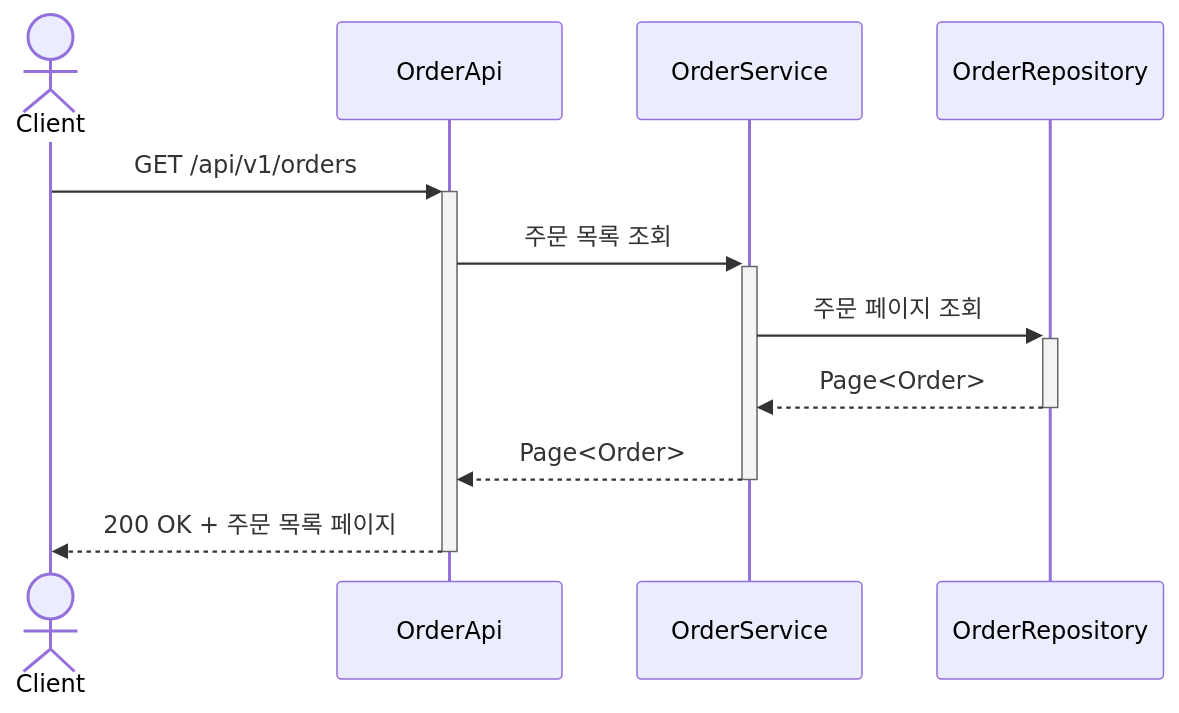
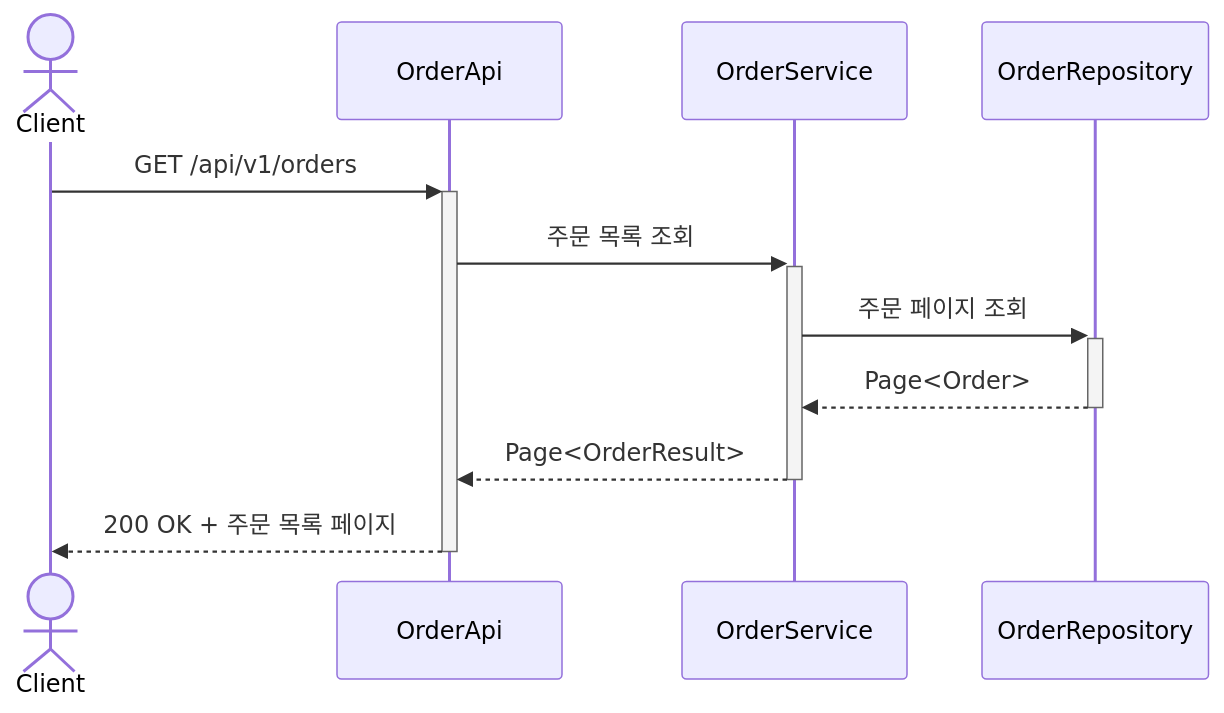
Diagram 22 of 23 in .docs/design/02-sequence-diagrams.md (Loopers-dev-lab/loop-pack-be-l2-vol3-java), drawn with Mermaid before and after one commit. The commit also changed other lines of this file, not shown here.

First line of the commit message:
docs: 시퀀스 다이어그램에서 Facade 제거 및 Service 직접 호출 구조로 수정

````diff
--- a/.docs/design/02-sequence-diagrams.md
+++ b/.docs/design/02-sequence-diagrams.md
@@ -757,14 +706,14 @@
 ```mermaid
 sequenceDiagram
     actor Client
     participant OrderApi
     participant OrderService
     participant OrderRepository
 
     Client ->>+ OrderApi: GET /api/v1/orders
     OrderApi ->>+ OrderService: 주문 목록 조회
     OrderService ->>+ OrderRepository: 주문 페이지 조회
     OrderRepository -->>- OrderService: Page<Order>
-    OrderService -->>- OrderApi: Page<Order>
+    OrderService -->>- OrderApi: Page<OrderResult>
     OrderApi -->>- Client: 200 OK + 주문 목록 페이지
 ```
````
